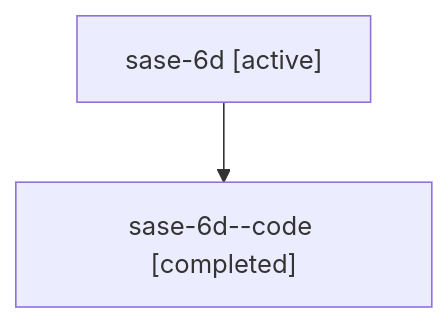
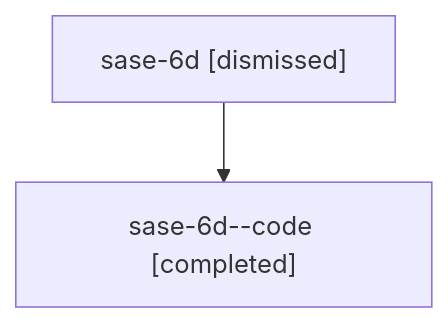
The diagram in sessions/bbugyi200.athena.sase-6d.md (sase-org/sase--agents), drawn with Mermaid before and after one commit. The commit also changed other lines of this file and 62 other files, not shown here.

````diff
--- a/sessions/bbugyi200.athena.sase-6d.md
+++ b/sessions/bbugyi200.athena.sase-6d.md
@@ -9,6 +9,6 @@
 ```mermaid
 flowchart TD
-  n0["sase-6d [active]"]
+  n0["sase-6d [dismissed]"]
   n1["sase-6d--code [completed]"]
   n0 --> n1
 ```
````
